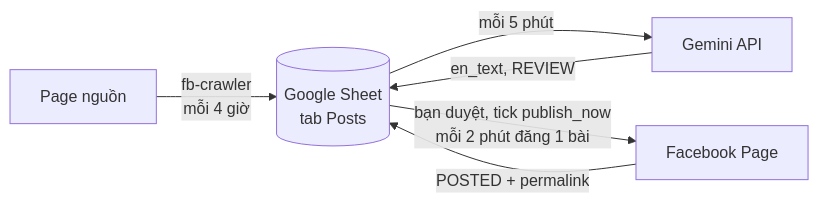
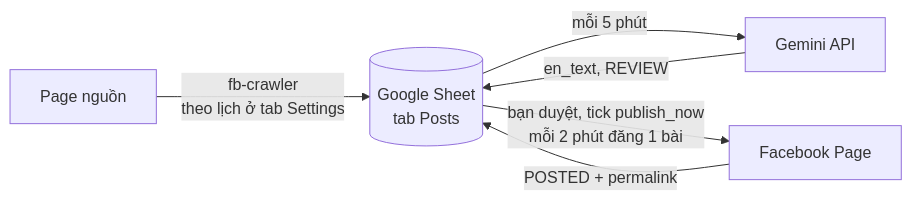
Before and after one commit to hieunguyen250102/autopostblog: the diagram in README.md, drawn with Mermaid. The commit also changed other lines of this file and 8 other files, not shown here.

First line of the commit message:
Chỉnh lịch thu bài / dịch / đăng ngay trong tab Settings của Sheet

````diff
--- a/README.md
+++ b/README.md
@@ -7,8 +7,8 @@
 ```mermaid
 flowchart LR
-    A[Page nguồn] -->|fb-crawler<br/>mỗi 4 giờ| B[(Google Sheet<br/>tab Posts)]
+    A[Page nguồn] -->|fb-crawler<br/>theo lịch ở tab Settings| B[(Google Sheet<br/>tab Posts)]
     B -->|mỗi 5 phút| G[Gemini API]
     G -->|en_text, REVIEW| B
     B -->|bạn duyệt, tick publish_now<br/>mỗi 2 phút đăng 1 bài| F[Facebook Page]
     F -->|POSTED + permalink| B
 ```
````
